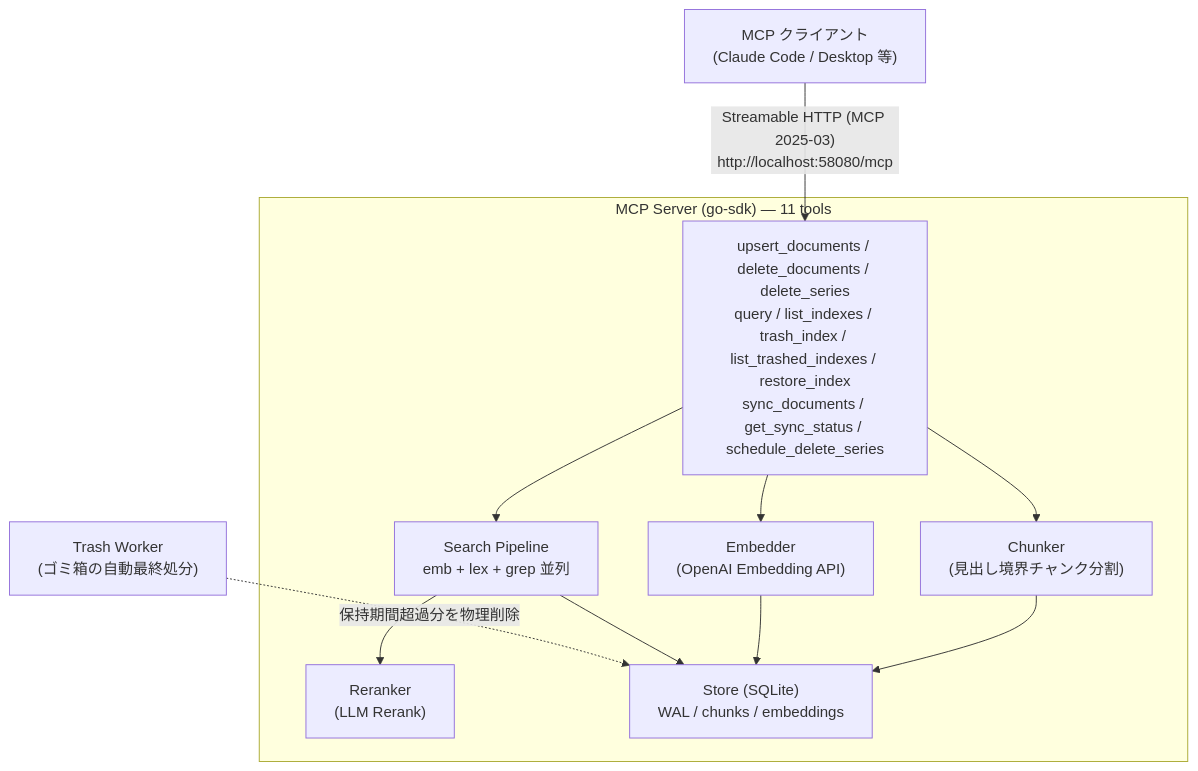
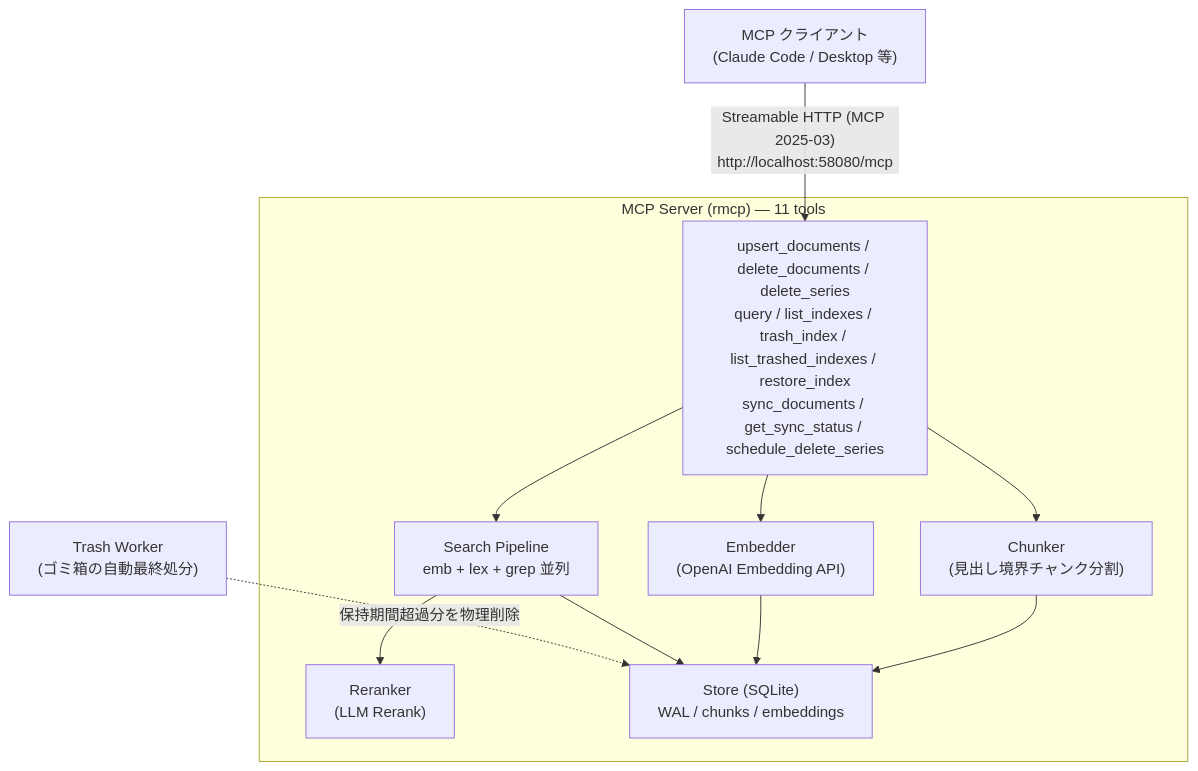
One commit to BlueEventHorizon/doc-db-mcp-server changed the first of 2 diagrams in README.md. Above: the diagram before and after it, drawn with Mermaid. The commit also changed other lines of this file and 24 other files, not shown here.

````diff
--- a/README.md
+++ b/README.md
@@ -58,24 +58,24 @@
 ```mermaid
 flowchart TD
     Client["MCP クライアント<br/>(Claude Code / Desktop 等)"]
     Client -->|"Streamable HTTP (MCP 2025-03)<br/>http://localhost:58080/mcp"| Tools
 
-    subgraph "MCP Server (go-sdk) — 11 tools"
+    subgraph "MCP Server (rmcp) — 11 tools"
         Tools["upsert_documents / delete_documents / delete_series<br/>query / list_indexes / trash_index / list_trashed_indexes / restore_index<br/>sync_documents / get_sync_status / schedule_delete_series"]
         Chunker["Chunker<br/>(見出し境界チャンク分割)"]
         Embedder["Embedder<br/>(OpenAI Embedding API)"]
         SearchPipeline["Search Pipeline<br/>emb + lex + grep 並列"]
         Reranker["Reranker<br/>(LLM Rerank)"]
         Store["Store (SQLite)<br/>WAL / chunks / embeddings"]
 
         Tools --> Chunker
         Tools --> Embedder
         Tools --> SearchPipeline
         SearchPipeline --> Reranker
         Chunker --> Store
         Embedder --> Store
         SearchPipeline --> Store
     end
 
     Trash["Trash Worker<br/>(ゴミ箱の自動最終処分)"] -.->|"保持期間超過分を物理削除"| Store
 ```
````
